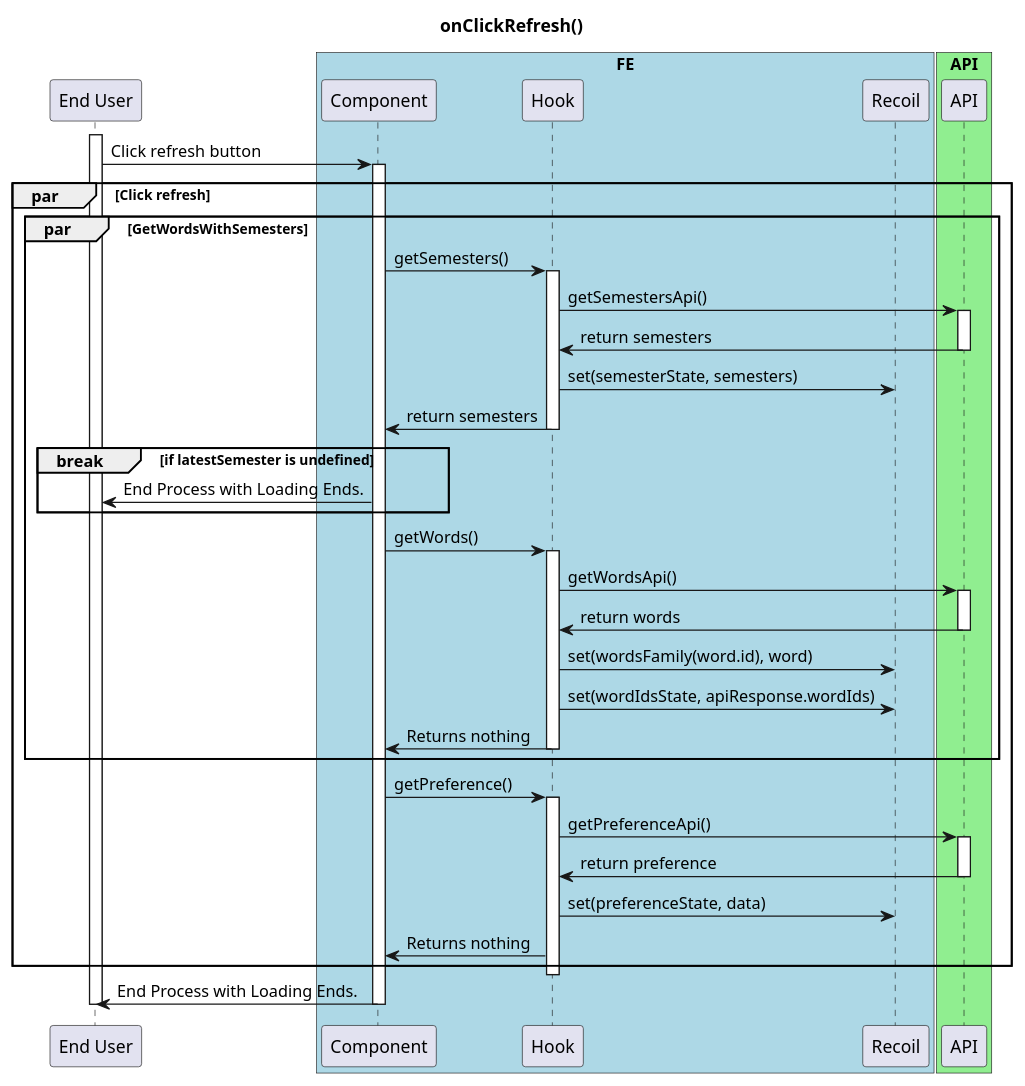
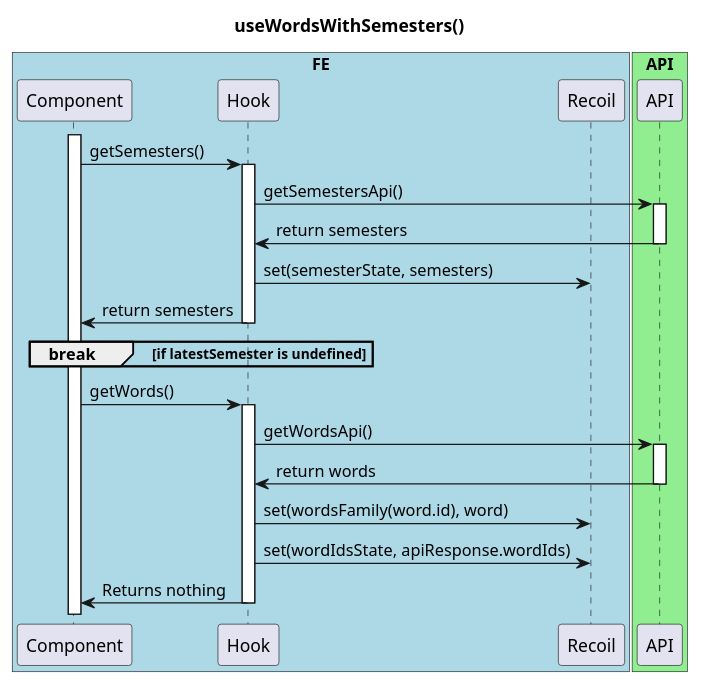
One commit to ajktown/docs changed the first of 2 diagrams in dev/diagrams/on-click-refresh-button.md. Above: the diagram before and after it, drawn with PlantUML. The commit also changed other lines of this file, not shown here.

Commit message:
doc fix split diagram

````diff
--- a/dev/diagrams/on-click-refresh-button.md
+++ b/dev/diagrams/on-click-refresh-button.md
@@ -16,60 +23,38 @@
 ```plantuml
 
 @startuml
 
-title onClickRefresh()
-
-participant "End User" as user
+title useWordsWithSemesters()
 
 box "FE" #Lightblue
   participant "Component" as fe
   participant "Hook" as hook
   participant "Recoil" as recoil
 box
 box "API" #Lightgreen
   participant "API" as api
 box
 
-
-activate user
-  user -> fe: Click refresh button
-  Par Click refresh
-  Par GetWordsWithSemesters
   activate fe
   fe -> hook: getSemesters()
     activate hook
       hook -> api: getSemestersApi()
       activate api
         hook <- api: return semesters
       deactivate api
       hook -> recoil: set(semesterState, semesters)
       fe <- hook: return semesters
     deactivate hook
   break if latestSemester is undefined
-    user <- fe: End Process with Loading Ends.
   end break
     fe -> hook: getWords()
     activate hook
       hook -> api: getWordsApi()
       activate api
         hook <- api: return words
       deactivate api
       hook -> recoil: set(wordsFamily(word.id), word)
       hook -> recoil: set(wordIdsState, apiResponse.wordIds)
       fe <- hook: Returns nothing
     deactivate hook
-  end par
-    fe -> hook: getPreference()
-    activate hook
-      hook -> api: getPreferenceApi()
-      activate api
-        hook <- api: return preference
-      deactivate api
-      hook -> recoil: set(preferenceState, data)
-      fe <- hook: Returns nothing
-  end par
-    deactivate hook
-  user <- fe: End Process with Loading Ends.
-  deactivate fe
-deactivate user
 ```
````
